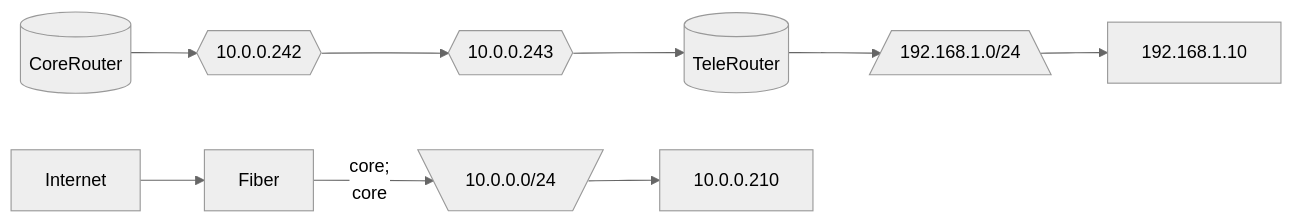
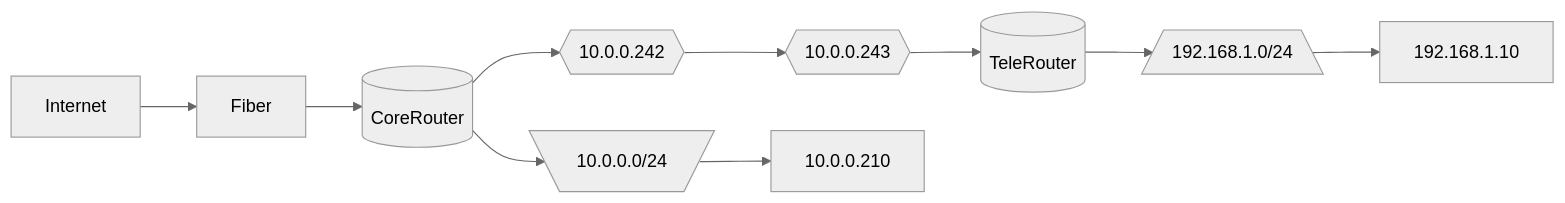
Before and after one commit to notkasim/DOCS: the second of 2 diagrams in Topology.md, drawn with Mermaid (neutral theme).

````diff
--- a/Topology.md
+++ b/Topology.md
@@ -19,24 +19,24 @@
 ```mermaid
 graph LR;
     core[(CoreRouter)]
     tele2[(TeleRouter)]
     core_link{{10.0.0.242}}
     tele2_link{{10.0.0.243}}
     core_net[\10.0.0.0/24/]
     tele2_net[/192.168.1.0/24\]
 
     
     Internet-->Fiber;
-    Fiber--core;
+    Fiber-->core;
     core-->core_net-->10.0.0.210;
     core-->core_link;
     core_link-->tele2_link;
     tele2_link-->tele2;
     tele2-->tele2_net-->192.168.1.10;
 
 
 
 
 
 
 ```
````
